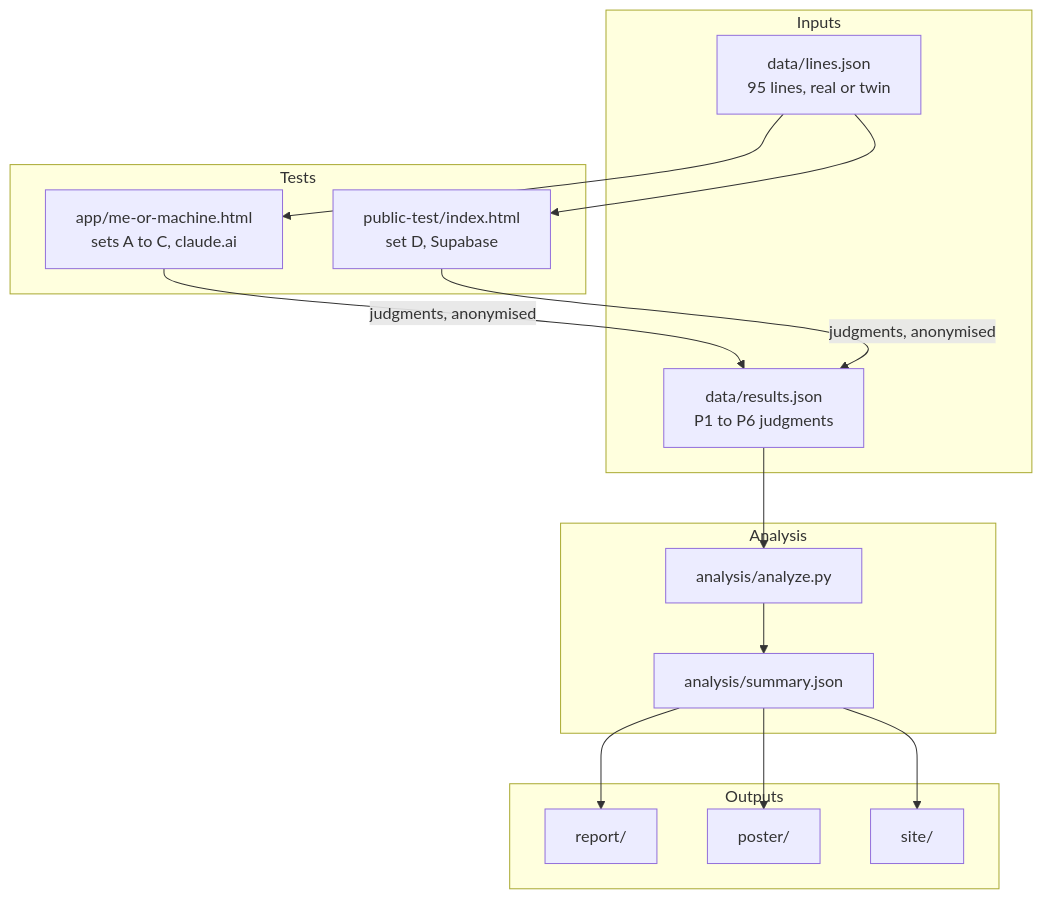
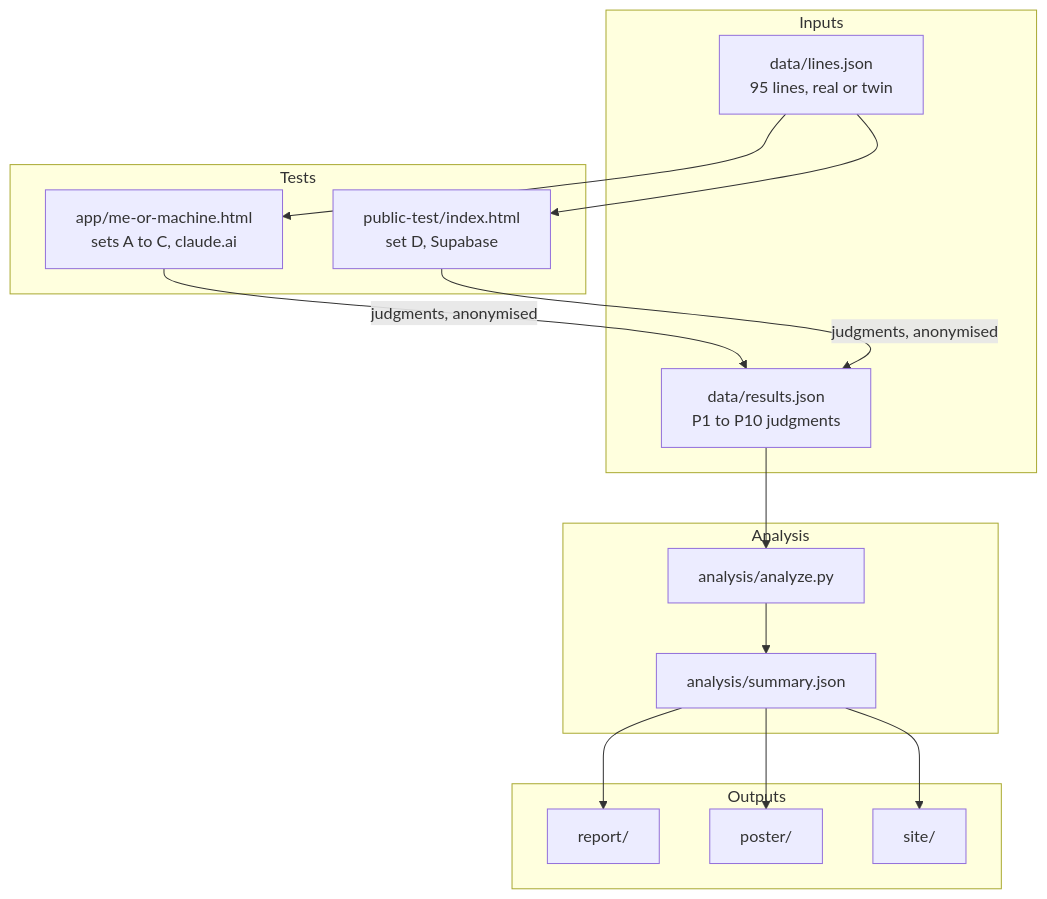
The third of 3 diagrams in README.md (jaideep-aher/me-or-the-machine), drawn with Mermaid before and after one commit. The commit also changed other lines of this file and 9 other files, not shown here.

````diff
--- a/README.md
+++ b/README.md
@@ -45,23 +45,23 @@
 ```mermaid
 flowchart TB
     subgraph Inputs
       D1[data/lines.json<br/>95 lines, real or twin]
-      D2[data/results.json<br/>P1 to P6 judgments]
+      D2[data/results.json<br/>P1 to P10 judgments]
     end
     subgraph Tests
       A1[app/me-or-machine.html<br/>sets A to C, claude.ai]
       A2[public-test/index.html<br/>set D, Supabase]
     end
     subgraph Analysis
       S1[analysis/analyze.py] --> S2[analysis/summary.json]
     end
     subgraph Outputs
       O1[report/] 
       O2[poster/]
       O3[site/]
     end
     D1 --> A1 & A2
     A1 & A2 -->|judgments, anonymised| D2
     D2 --> S1
     S2 --> O1 & O2 & O3
 ```
````
